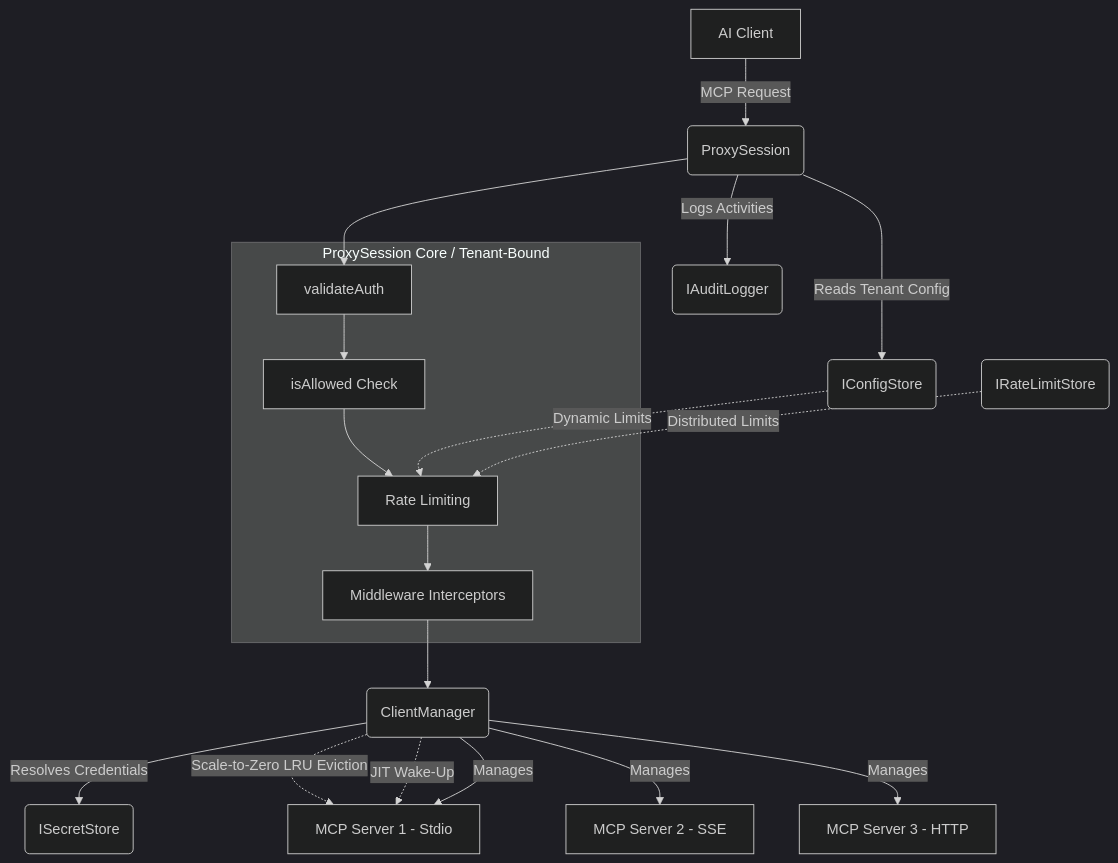
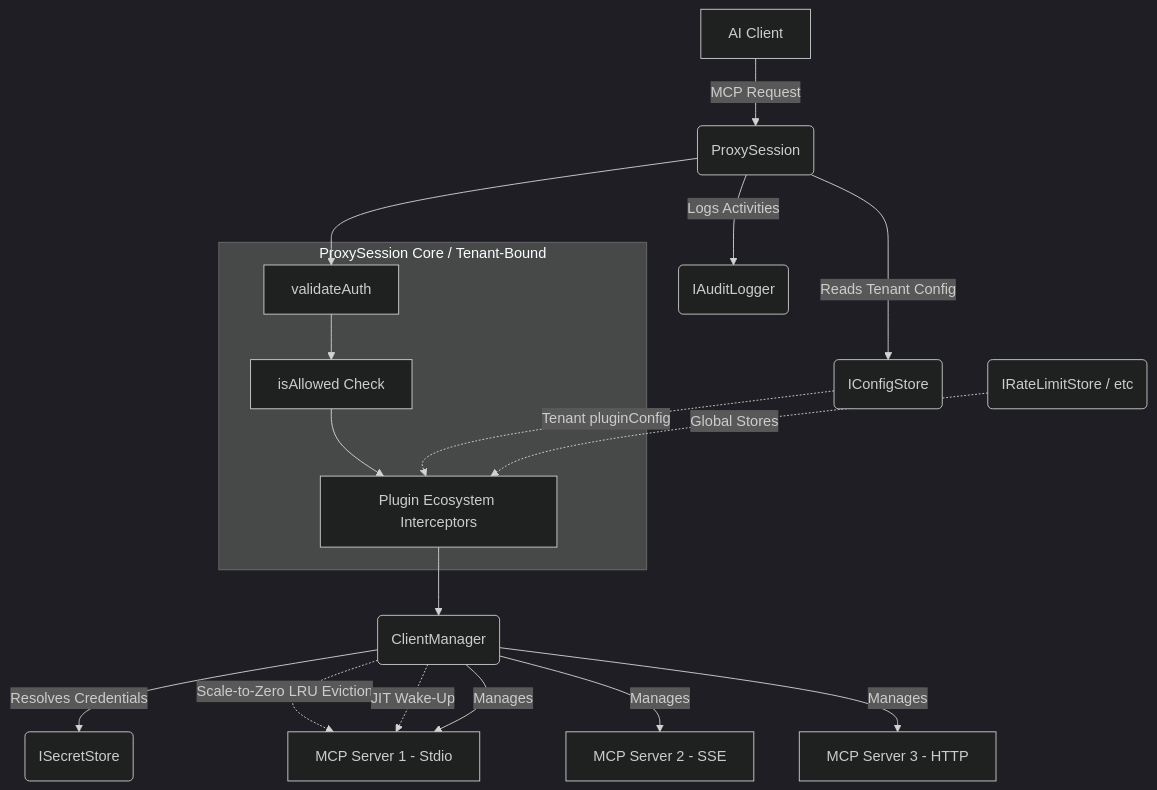
Before and after one commit to Cyber-Sec-Space/aag-core: the first of 2 diagrams in ARCHITECTURE.md, drawn with Mermaid (dark theme). The commit also changed other lines of this file, not shown here.

Commit message:
docs(architecture): update mermaid diagrams for plugin ecosystem

````diff
--- a/ARCHITECTURE.md
+++ b/ARCHITECTURE.md
@@ -20,30 +20,28 @@
 ```mermaid
 graph TD
     Client[AI Client] -->|MCP Request| Proxy(ProxySession)
     
     subgraph ProxyInternal [ProxySession Core / Tenant-Bound]
         Auth[validateAuth]
         RBAC[isAllowed Check]
-        RL[Rate Limiting]
-        MW[Middleware Interceptors]
+        Plugin[Plugin Ecosystem Interceptors]
     end
     
     Proxy --> Auth
     Auth --> RBAC
-    RBAC --> RL
-    RL --> MW
-    MW --> CM(ClientManager)
+    RBAC --> Plugin
+    Plugin --> CM(ClientManager)
     
     Proxy -->|Reads Tenant Config| Config(IConfigStore)
     Proxy -->|Logs Activities| Logger(IAuditLogger)
     
-    Config -.->|Dynamic Limits| RL
-    State(IRateLimitStore) -.->|Distributed Limits| RL
+    Config -.->|Tenant pluginConfig| Plugin
+    State(IRateLimitStore / etc) -.->|Global Stores| Plugin
     
     CM -->|Resolves Credentials| Secrets(ISecretStore)
     CM -.->|Scale-to-Zero LRU Eviction| Downstream1
     CM -.->|JIT Wake-Up| Downstream1
     CM -->|Manages| Downstream1[MCP Server 1 - Stdio]
     CM -->|Manages| Downstream2[MCP Server 2 - SSE]
     CM -->|Manages| Downstream3[MCP Server 3 - HTTP]
 ```
````
